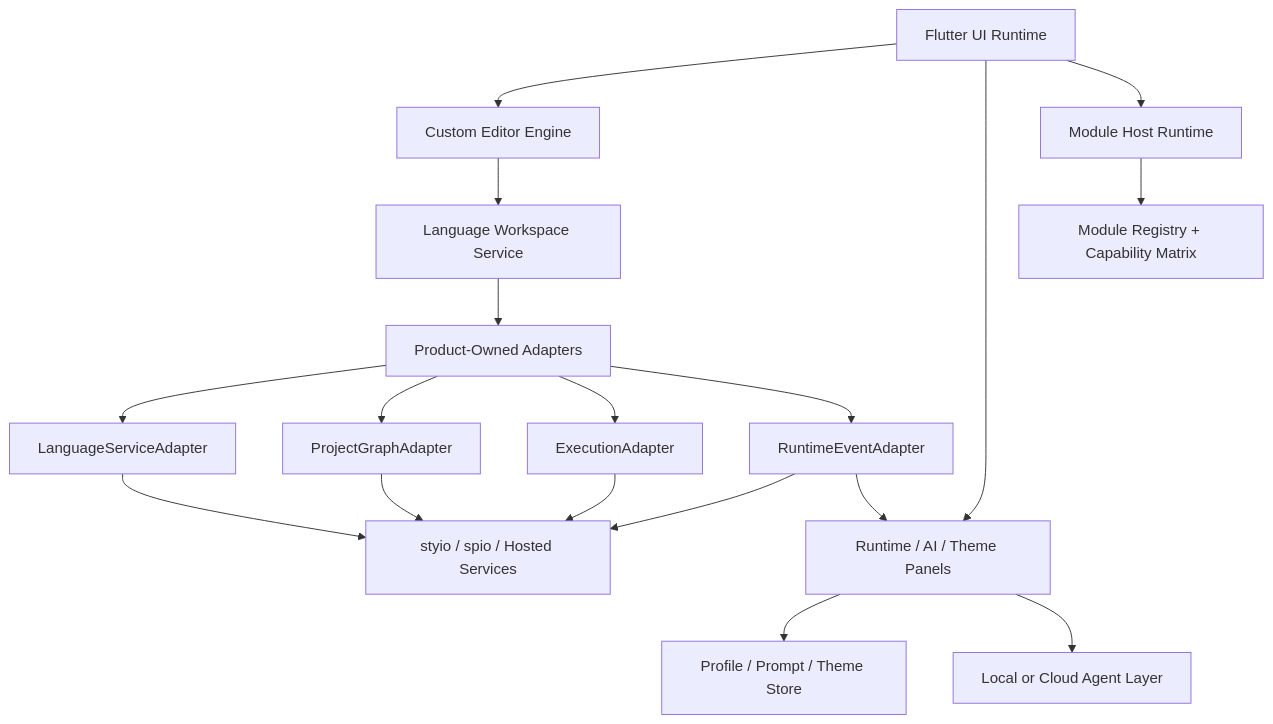
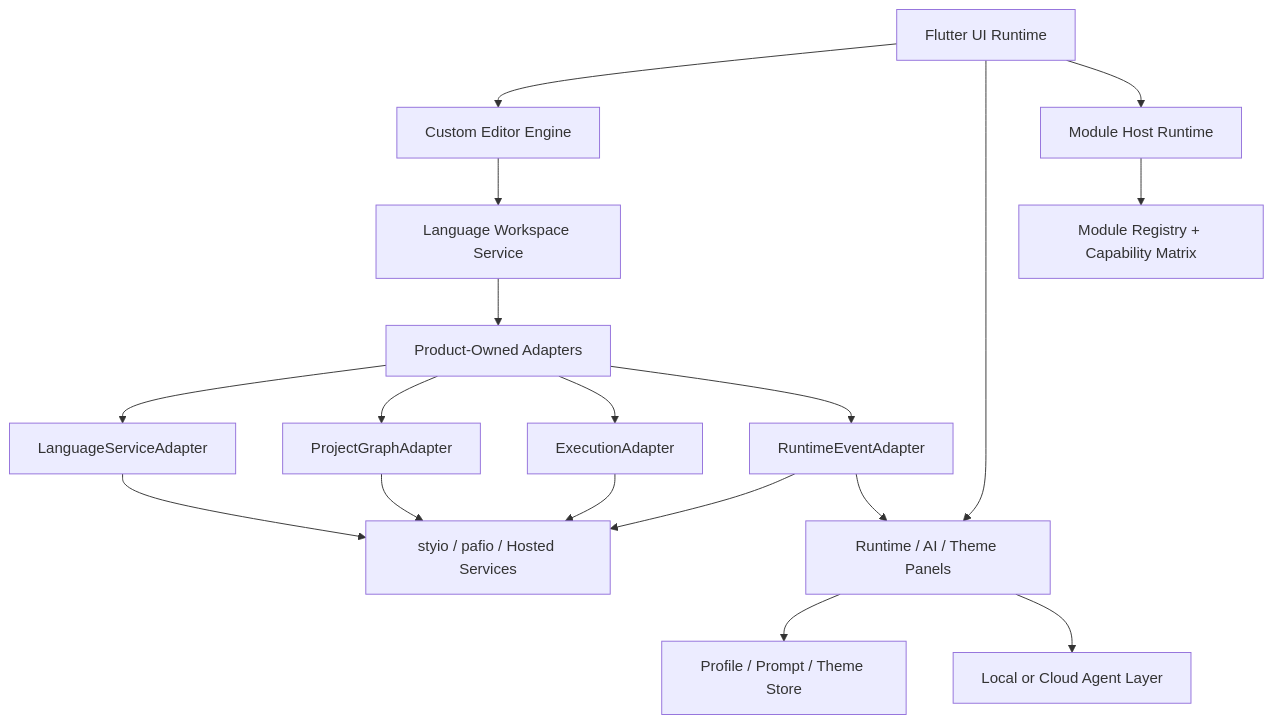
One commit to SymPolicy/Styio-Preview changed the diagram in vityo/docs/design/Vityo-System-Architecture.md. Above: the diagram before and after it, drawn with Mermaid. The commit also changed other lines of this file and 816 other files, not shown here.

````diff
--- a/vityo/docs/design/Vityo-System-Architecture.md
+++ b/vityo/docs/design/Vityo-System-Architecture.md
@@ -13,20 +13,20 @@
 ```mermaid
 flowchart TB
   UI["Flutter UI Runtime"] --> Editor["Custom Editor Engine"]
   UI --> Panels["Runtime / AI / Theme Panels"]
   UI --> Host["Module Host Runtime"]
   Host --> Registry["Module Registry + Capability Matrix"]
   Editor --> Lang["Language Workspace Service"]
   Lang --> Adapters["Product-Owned Adapters"]
   Adapters --> LS["LanguageServiceAdapter"]
   Adapters --> Graph["ProjectGraphAdapter"]
   Adapters --> Exec["ExecutionAdapter"]
   Adapters --> Events["RuntimeEventAdapter"]
-  LS --> Upstream["styio / spio / Hosted Services"]
+  LS --> Upstream["styio / pafio / Hosted Services"]
   Graph --> Upstream
   Exec --> Upstream
   Events --> Upstream
   Events --> Panels
   Panels --> Profile["Profile / Prompt / Theme Store"]
   Panels --> Agent["Local or Cloud Agent Layer"]
 ```
````
